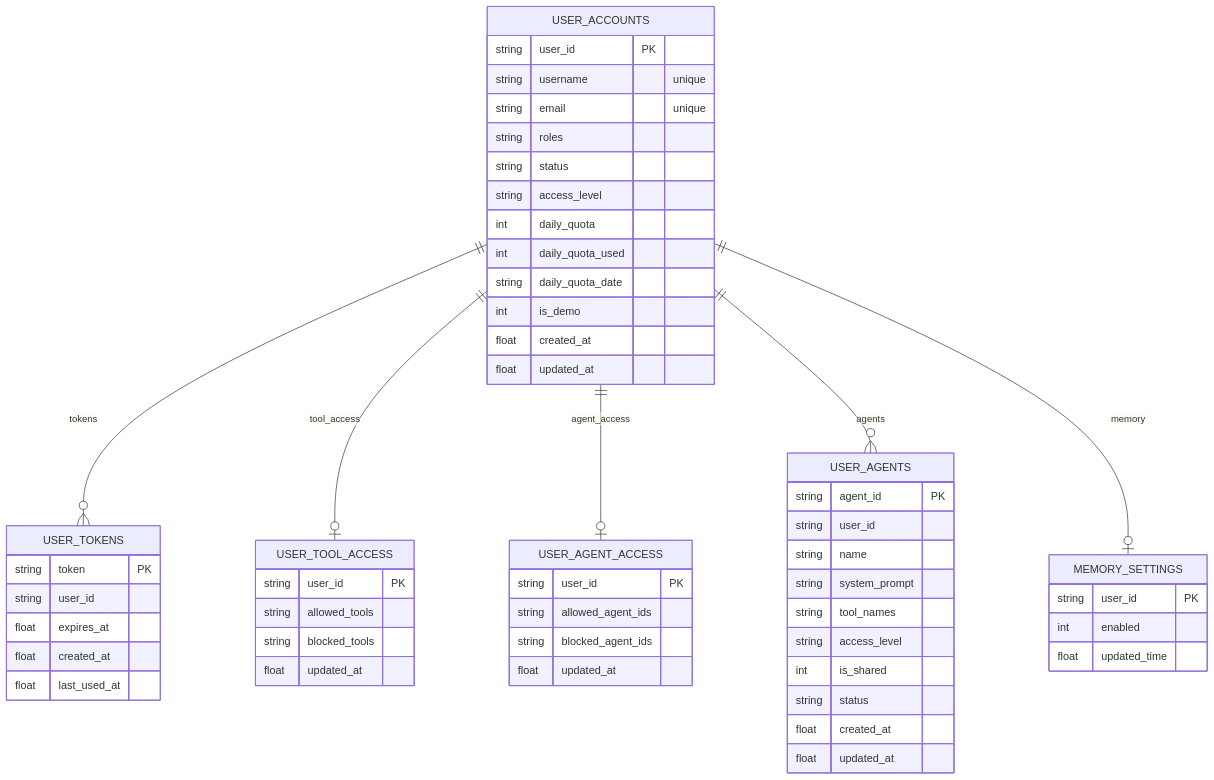
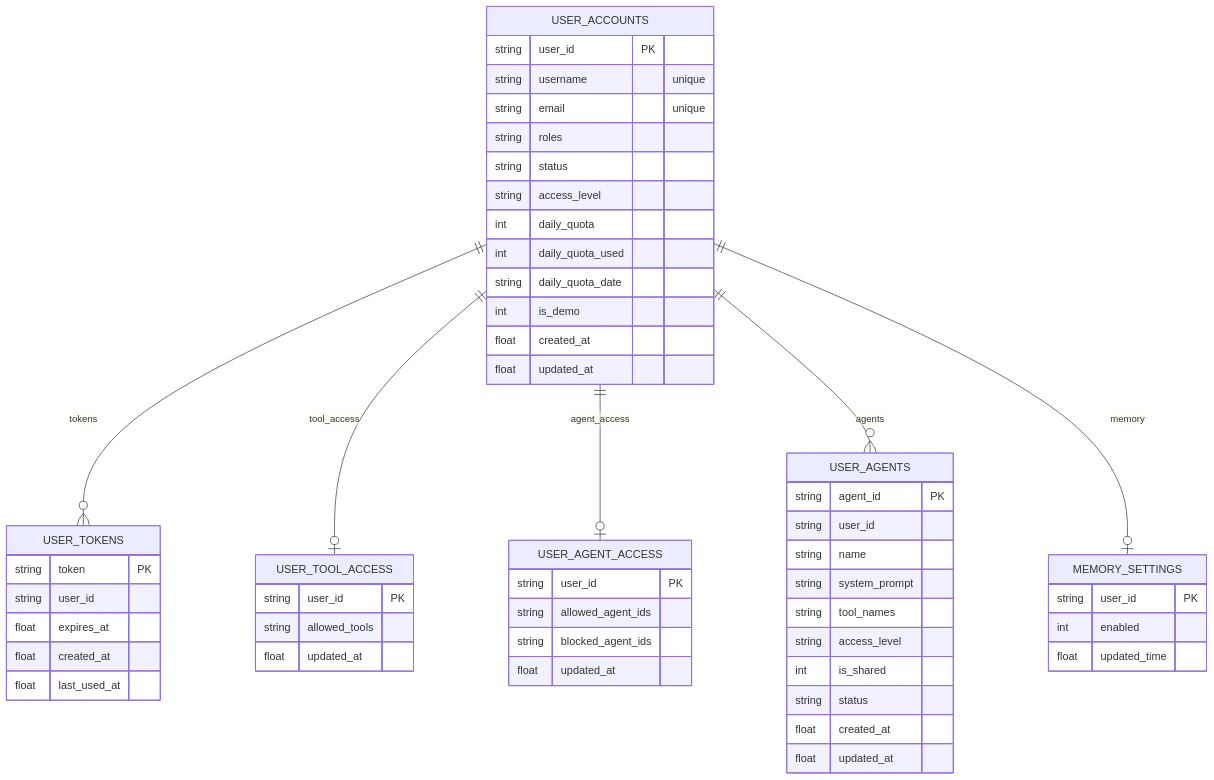
One commit to ylsdamxssjxxdd/wunder changed the seventh of 8 diagrams in docs/数据库设计.md. Above: the diagram before and after it, drawn with Mermaid. The commit also changed other lines of this file and 30 other files, not shown here.

````diff
--- a/docs/数据库设计.md
+++ b/docs/数据库设计.md
@@ -202,59 +202,58 @@
 ```mermaid
 erDiagram
   USER_ACCOUNTS {
     string user_id PK
     string username "unique"
     string email "unique"
     string roles
     string status
     string access_level
     int daily_quota
     int daily_quota_used
     string daily_quota_date
     int is_demo
     float created_at
     float updated_at
   }
   USER_TOKENS {
     string token PK
     string user_id
     float expires_at
     float created_at
     float last_used_at
   }
   USER_TOOL_ACCESS {
     string user_id PK
     string allowed_tools
-    string blocked_tools
     float updated_at
   }
   USER_AGENT_ACCESS {
     string user_id PK
     string allowed_agent_ids
     string blocked_agent_ids
     float updated_at
   }
   USER_AGENTS {
     string agent_id PK
     string user_id
     string name
     string system_prompt
     string tool_names
     string access_level
     int is_shared
     string status
     float created_at
     float updated_at
   }
   MEMORY_SETTINGS {
     string user_id PK
     int enabled
     float updated_time
   }
 
   USER_ACCOUNTS ||--o{ USER_TOKENS : tokens
   USER_ACCOUNTS ||--o| USER_TOOL_ACCESS : tool_access
   USER_ACCOUNTS ||--o| USER_AGENT_ACCESS : agent_access
   USER_ACCOUNTS ||--o{ USER_AGENTS : agents
   USER_ACCOUNTS ||--o| MEMORY_SETTINGS : memory
 ```
````
